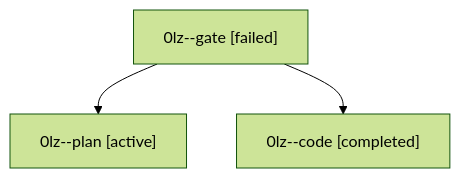
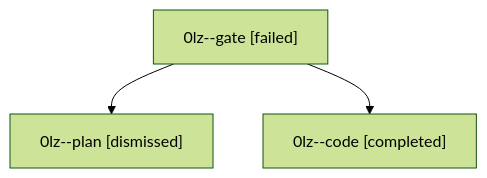
Before and after one commit to sase-org/sase--agents: the diagram in sessions/bbugyi200.athena.0lz.md, drawn with Mermaid (forest theme). The commit also changed other lines of this file and 28 other files, not shown here.

````diff
--- a/sessions/bbugyi200.athena.0lz.md
+++ b/sessions/bbugyi200.athena.0lz.md
@@ -9,8 +9,8 @@
 ```mermaid
 flowchart TD
   n0["0lz--gate [failed]"]
-  n1["0lz--plan [active]"]
+  n1["0lz--plan [dismissed]"]
   n0 --> n1
   n2["0lz--code [completed]"]
   n0 --> n2
 ```
````
